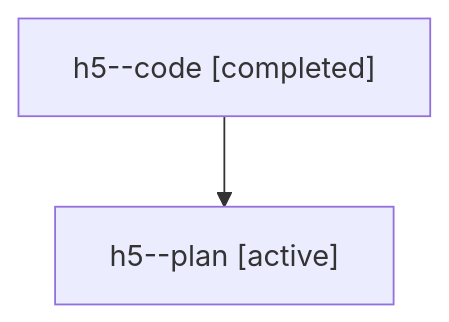
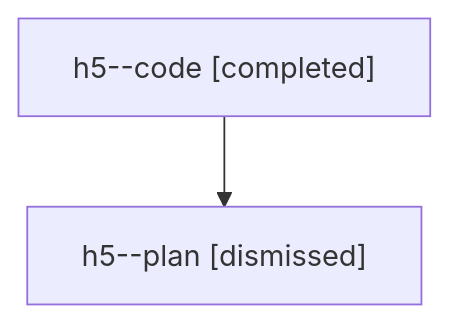
Before and after one commit to sase-org/sase--agents: the diagram in sessions/bbugyi200.athena.h5.md, drawn with Mermaid. The commit also changed other lines of this file and 24 other files, not shown here.

````diff
--- a/sessions/bbugyi200.athena.h5.md
+++ b/sessions/bbugyi200.athena.h5.md
@@ -9,6 +9,6 @@
 ```mermaid
 flowchart TD
   n0["h5--code [completed]"]
-  n1["h5--plan [active]"]
+  n1["h5--plan [dismissed]"]
   n0 --> n1
 ```
````
